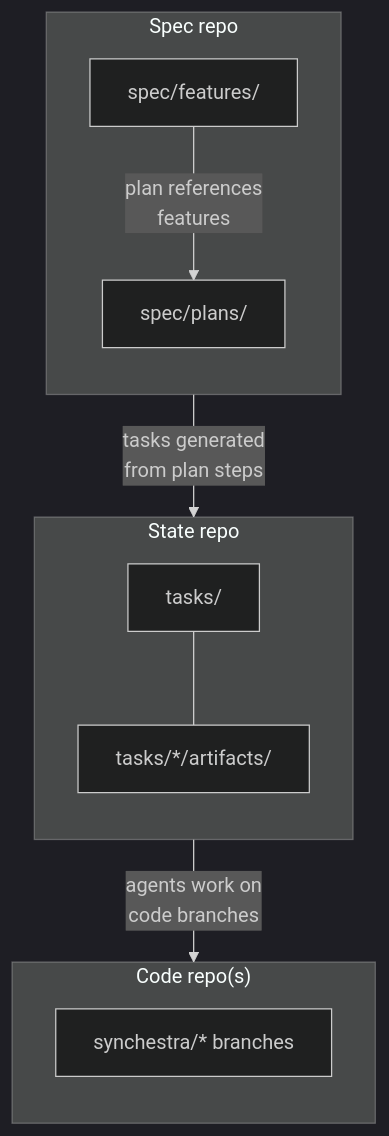
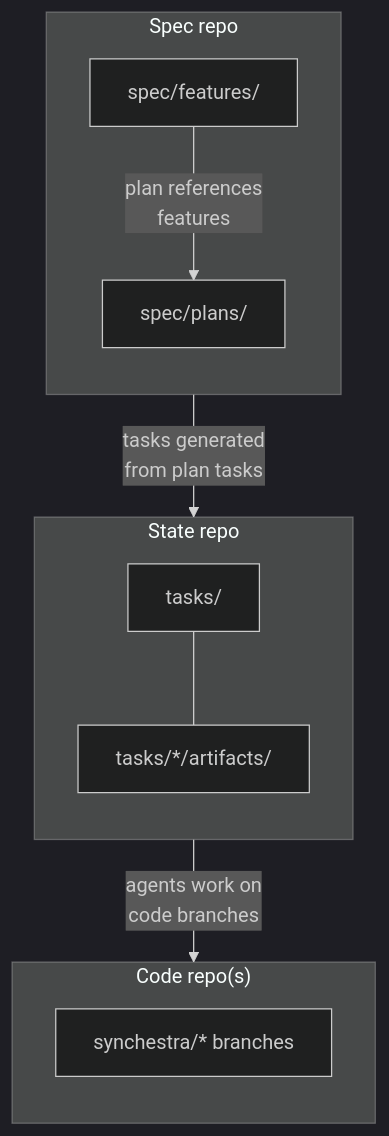
One commit to synchestra-io/synchestra changed the sixth of 7 diagrams in spec/architecture/spec-to-execution.md. Above: the diagram before and after it, drawn with Mermaid (dark theme). The commit also changed other lines of this file and 2 other files, not shown here.

Commit message:
refactor: update spec-to-execution architecture for unified plan/task model

````diff
--- a/spec/architecture/spec-to-execution.md
+++ b/spec/architecture/spec-to-execution.md
@@ -185,24 +185,24 @@
 ```mermaid
 graph TB
     subgraph "Spec repo"
         direction TB
         SF["spec/features/"]
         SP["spec/plans/"]
     end
 
     subgraph "State repo"
         direction TB
         ST["tasks/"]
         SA["tasks/*/artifacts/"]
     end
 
     subgraph "Code repo(s)"
         direction TB
         CB["synchestra/* branches"]
     end
 
     SF -->|"plan references<br/>features"| SP
-    SP -->|"tasks generated<br/>from plan steps"| ST
+    SP -->|"tasks generated<br/>from plan tasks"| ST
     ST -->|"agents work on<br/>code branches"| CB
     ST --- SA
 ```
````
